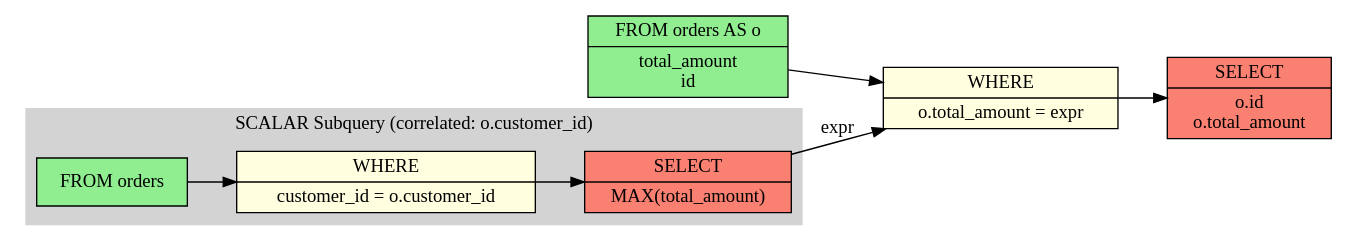
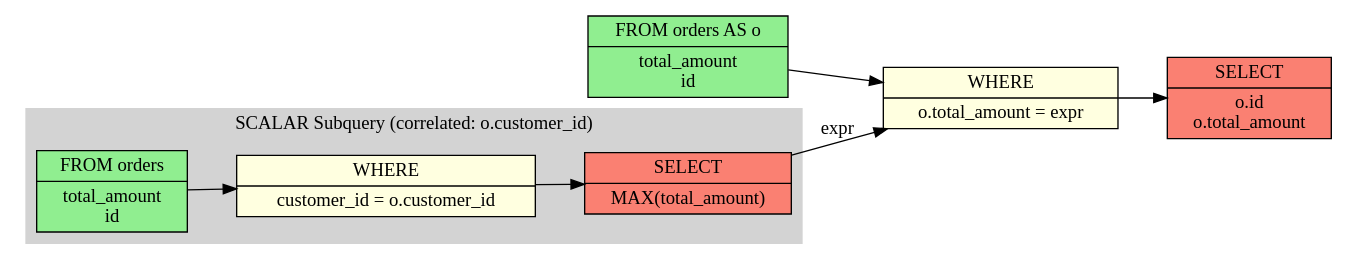
Before and after one commit to rot1024/sqloflow: the diagram in examples/subquery_scalar.dot, drawn with Graphviz. The commit also changed 11 other files, not shown here.

```diff
--- a/examples/subquery_scalar.dot
+++ b/examples/subquery_scalar.dot
@@ -1,33 +1,33 @@
 digraph schema_flow {
   rankdir=LR;
   node [shape=record];
 
   // Source tables
   node_0 [label="FROM orders AS o|total_amount\nid", style=filled, fillcolor=lightgreen];
 
   // Operations
   node_1 [label="WHERE|o.total_amount = expr", style=filled, fillcolor=lightyellow];
   node_3 [label="SELECT|o.id\no.total_amount", style=filled, fillcolor=salmon];
 
   // Data flow edges
 
   // JOIN operations with table info
   node_0 -> node_1;
   node_1 -> node_3;
 
   subgraph cluster_node_2 {
     label="SCALAR Subquery (correlated: o.customer_id)";
     style=filled;
     color=lightgrey;
     // Source tables
-    subq_0_node_0 [label="FROM orders", style=filled, fillcolor=lightgreen];
+    subq_0_node_0 [label="FROM orders|total_amount\nid", style=filled, fillcolor=lightgreen];
     // Operations
     subq_0_node_1 [label="WHERE|customer_id = o.customer_id", style=filled, fillcolor=lightyellow];
     subq_0_node_2 [label="SELECT|MAX(total_amount)", style=filled, fillcolor=salmon];
     // Data flow edges
     // JOIN operations with table info
     subq_0_node_0 -> subq_0_node_1;
     subq_0_node_1 -> subq_0_node_2;
   }
   subq_0_node_2 -> node_1 [label="expr"];
 }
```
